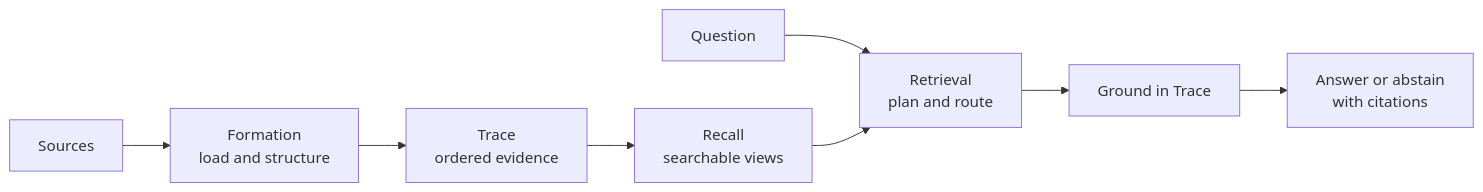
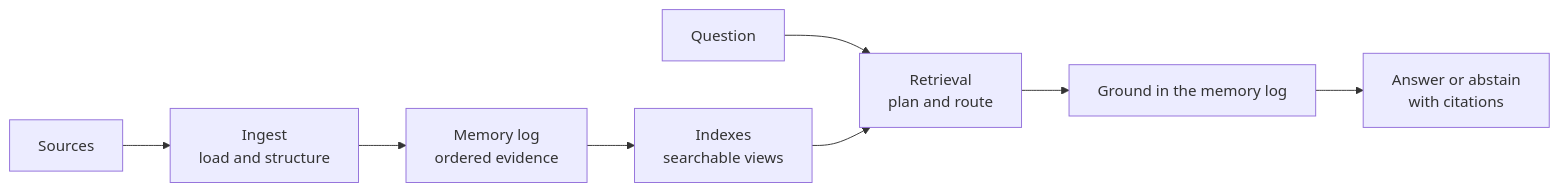
One commit to shanmukh05/trisynapse-memory changed the diagram in README.md. Above: the diagram before and after it, drawn with Mermaid. The commit also changed other lines of this file and 67 other files, not shown here.

````diff
--- a/README.md
+++ b/README.md
@@ -198,10 +198,10 @@
 ```mermaid
 flowchart LR
-    S["Sources"] --> F["Formation<br/>load and structure"]
-    F --> T["Trace<br/>ordered evidence"]
-    T --> R["Recall<br/>searchable views"]
+    S["Sources"] --> F["Ingest<br/>load and structure"]
+    F --> T["Memory log<br/>ordered evidence"]
+    T --> R["Indexes<br/>searchable views"]
     Q["Question"] --> P["Retrieval<br/>plan and route"]
     R --> P
-    P --> G["Ground in Trace"]
+    P --> G["Ground in the memory log"]
     G --> A["Answer or abstain<br/>with citations"]
 ```
````
